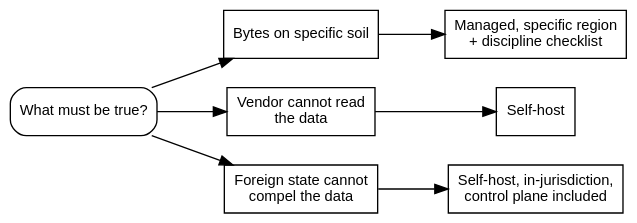
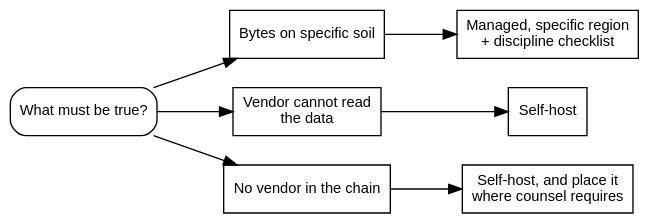
Before and after one commit to erfianugrah/lexicanum: the diagram in src/content/docs/reference/supabase-data-residency.mdx, drawn with Graphviz. The commit also changed other lines of this file, not shown here.

````diff
--- a/src/content/docs/reference/supabase-data-residency.mdx
+++ b/src/content/docs/reference/supabase-data-residency.mdx
@@ -211,21 +211,21 @@
 ```dot
 digraph {
   rankdir=LR; bgcolor="transparent"; nodesep=0.3; ranksep=0.7;
   fontname="Helvetica,Arial,sans-serif";
   node [fontname="Helvetica,Arial,sans-serif", fontsize=11, shape=box];
   edge [fontname="Helvetica,Arial,sans-serif", fontsize=9];
 
   q1 [label="What must be true?", shape=box, style=rounded];
   r1 [label="Bytes on specific soil"];
   r2 [label="Vendor cannot read\nthe data"];
-  r3 [label="Foreign state cannot\ncompel the data"];
+  r3 [label="No vendor in the chain"];
 
   a1 [label="Managed, specific region\n+ discipline checklist"];
   a2 [label="Self-host"];
-  a3 [label="Self-host, in-jurisdiction,\ncontrol plane included"];
+  a3 [label="Self-host, and place it\nwhere counsel requires"];
 
   q1 -> r1 -> a1;
   q1 -> r2 -> a2;
   q1 -> r3 -> a3;
 }
 ```
````
